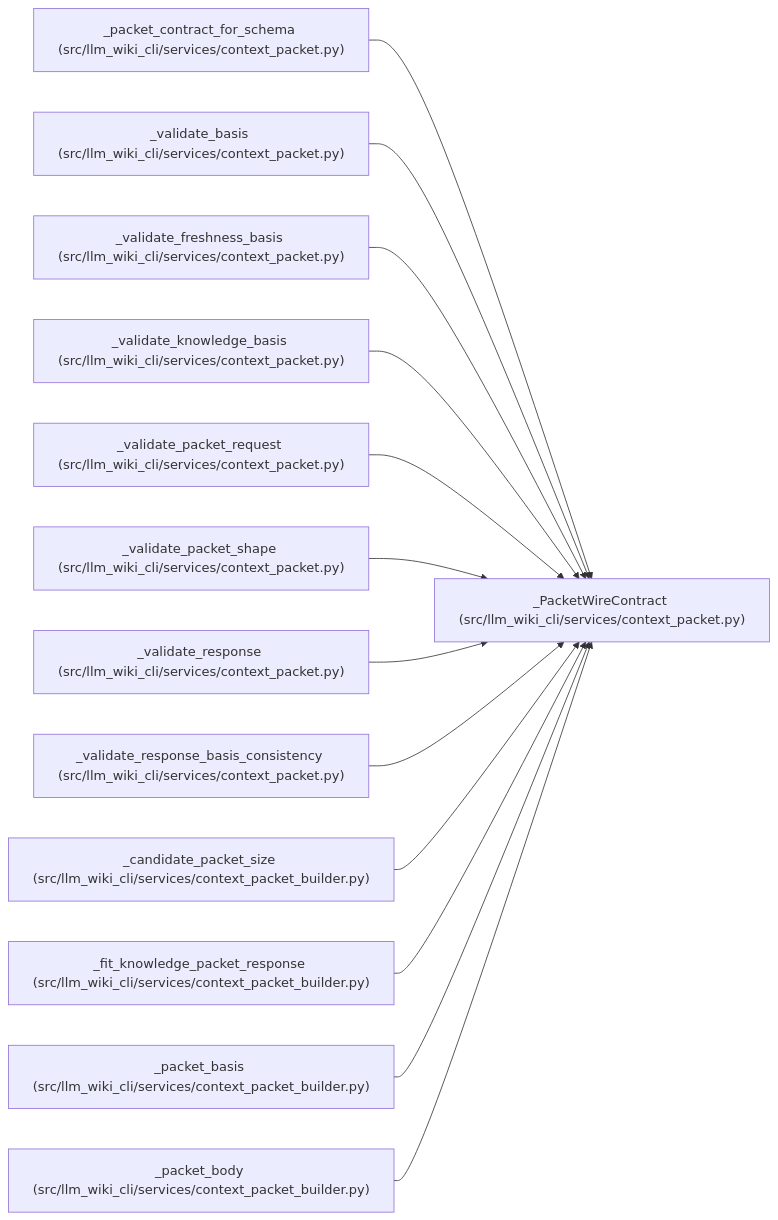
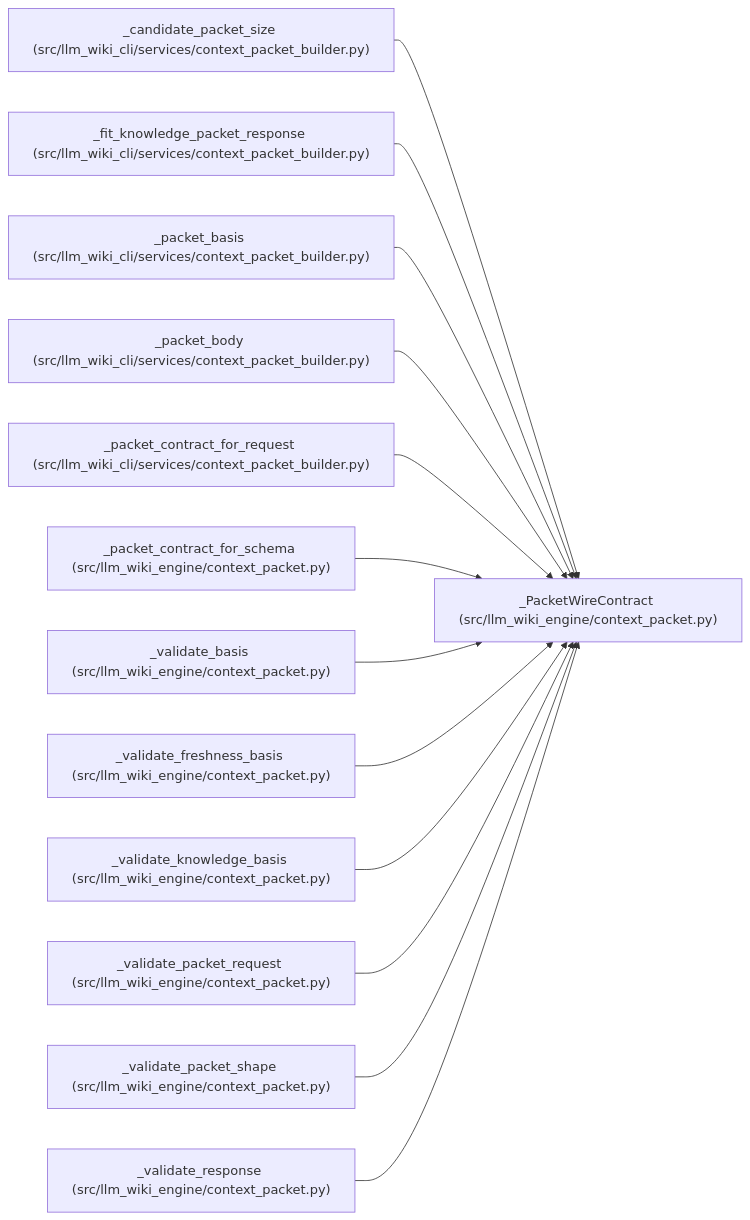
One commit to Denissvgn/python-wiki-llm changed the diagram in docs/llm_wiki/entities/PacketWireContract.md. Above: the diagram before and after it, drawn with Mermaid. The commit also changed other lines of this file and 577 other files, not shown here.

Commit message:
docs: refresh the wiki for the engine context packet

````diff
--- a/docs/llm_wiki/entities/PacketWireContract.md
+++ b/docs/llm_wiki/entities/PacketWireContract.md
@@ -36,41 +36,41 @@
 ```mermaid
 flowchart LR
-    n0["_PacketWireContract (src/llm_wiki_cli/services/context_packet.py)"]
-    n1["_packet_contract_for_schema (src/llm_wiki_cli/services/context_packet.py)"]
-    n2["_validate_basis (src/llm_wiki_cli/services/context_packet.py)"]
-    n3["_validate_freshness_basis (src/llm_wiki_cli/services/context_packet.py)"]
-    n4["_validate_knowledge_basis (src/llm_wiki_cli/services/context_packet.py)"]
-    n5["_validate_packet_request (src/llm_wiki_cli/services/context_packet.py)"]
-    n6["_validate_packet_shape (src/llm_wiki_cli/services/context_packet.py)"]
-    n7["_validate_response (src/llm_wiki_cli/services/context_packet.py)"]
-    n8["_validate_response_basis_consistency (src/llm_wiki_cli/services/context_packet.py)"]
-    n9["_candidate_packet_size (src/llm_wiki_cli/services/context_packet_builder.py)"]
-    n10["_fit_knowledge_packet_response (src/llm_wiki_cli/services/context_packet_builder.py)"]
-    n11["_packet_basis (src/llm_wiki_cli/services/context_packet_builder.py)"]
-    n12["_packet_body (src/llm_wiki_cli/services/context_packet_builder.py)"]
+    n0["_PacketWireContract (src/llm_wiki_engine/context_packet.py)"]
+    n1["_candidate_packet_size (src/llm_wiki_cli/services/context_packet_builder.py)"]
+    n2["_fit_knowledge_packet_response (src/llm_wiki_cli/services/context_packet_builder.py)"]
+    n3["_packet_basis (src/llm_wiki_cli/services/context_packet_builder.py)"]
+    n4["_packet_body (src/llm_wiki_cli/services/context_packet_builder.py)"]
+    n5["_packet_contract_for_request (src/llm_wiki_cli/services/context_packet_builder.py)"]
+    n6["_packet_contract_for_schema (src/llm_wiki_engine/context_packet.py)"]
+    n7["_validate_basis (src/llm_wiki_engine/context_packet.py)"]
+    n8["_validate_freshness_basis (src/llm_wiki_engine/context_packet.py)"]
+    n9["_validate_knowledge_basis (src/llm_wiki_engine/context_packet.py)"]
+    n10["_validate_packet_request (src/llm_wiki_engine/context_packet.py)"]
+    n11["_validate_packet_shape (src/llm_wiki_engine/context_packet.py)"]
+    n12["_validate_response (src/llm_wiki_engine/context_packet.py)"]
     n1 --> n0
     n2 --> n0
     n3 --> n0
     n4 --> n0
     n5 --> n0
     n6 --> n0
     n7 --> n0
     n8 --> n0
     n9 --> n0
     n10 --> n0
     n11 --> n0
     n12 --> n0
     click n0 "../modules/context_packet.md"
-    click n1 "../modules/context_packet.md"
-    click n2 "../modules/context_packet.md"
-    click n3 "../modules/context_packet.md"
-    click n4 "../modules/context_packet.md"
-    click n5 "../modules/context_packet.md"
+    click n1 "../modules/context_packet_builder.md"
+    click n2 "../modules/context_packet_builder.md"
+    click n3 "../modules/context_packet_builder.md"
+    click n4 "../modules/context_packet_builder.md"
+    click n5 "../modules/context_packet_builder.md"
     click n6 "../modules/context_packet.md"
     click n7 "../modules/context_packet.md"
     click n8 "../modules/context_packet.md"
-    click n9 "../modules/context_packet_builder.md"
-    click n10 "../modules/context_packet_builder.md"
-    click n11 "../modules/context_packet_builder.md"
-    click n12 "../modules/context_packet_builder.md"
+    click n9 "../modules/context_packet.md"
+    click n10 "../modules/context_packet.md"
+    click n11 "../modules/context_packet.md"
+    click n12 "../modules/context_packet.md"
 ```
````
